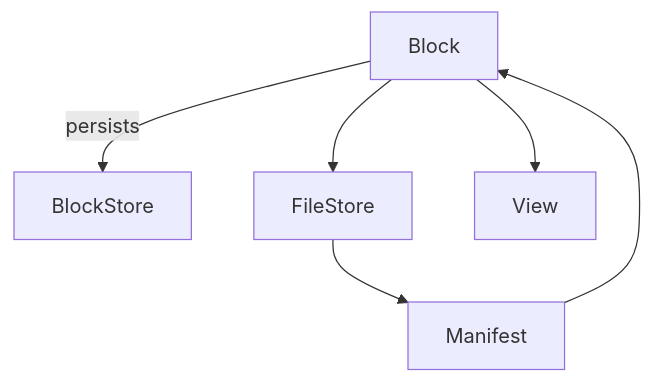
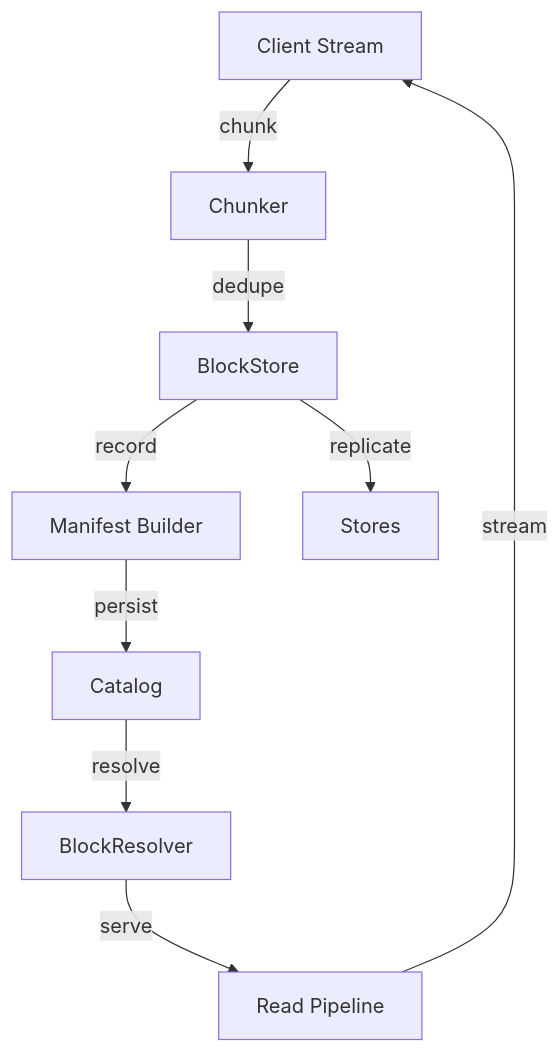
Before and after one commit to AdrielC/graviton: the first of 2 diagrams in README.md, drawn with Mermaid. The commit also changed other lines of this file and 2 other files, not shown here.

````diff
--- a/README.md
+++ b/README.md
@@ -16,8 +21,11 @@
 ```mermaid
 graph TD
-    B[Block] -->|persists| S[BlockStore]
-    B --> R[FileStore]
-    R --> M[Manifest]
-    M --> B[Block]
-    B --> V[View]
+    C[Client Stream] -->|chunk| CH[Chunker]
+    CH -->|dedupe| BS[BlockStore]
+    BS -->|record| MB[Manifest Builder]
+    MB -->|persist| CAT[Catalog]
+    BS -->|replicate| ST[Stores]
+    CAT -->|resolve| BR[BlockResolver]
+    BR -->|serve| RD[Read Pipeline]
+    RD -->|stream| C
 ```
````
